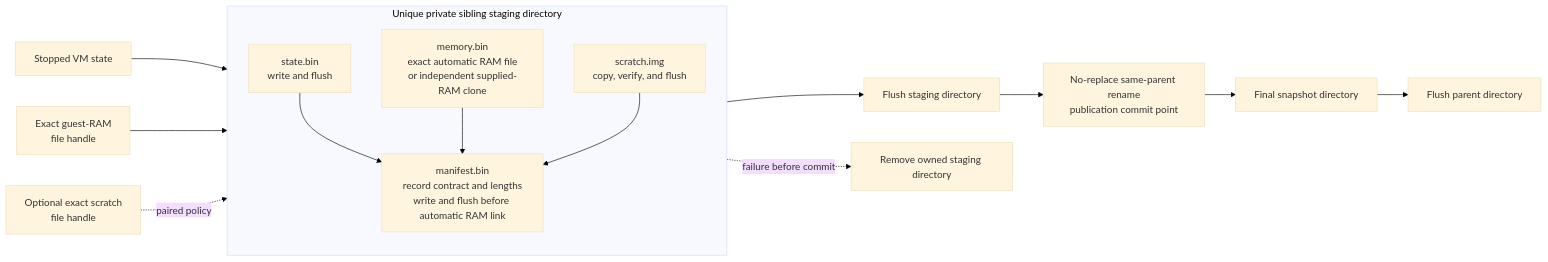
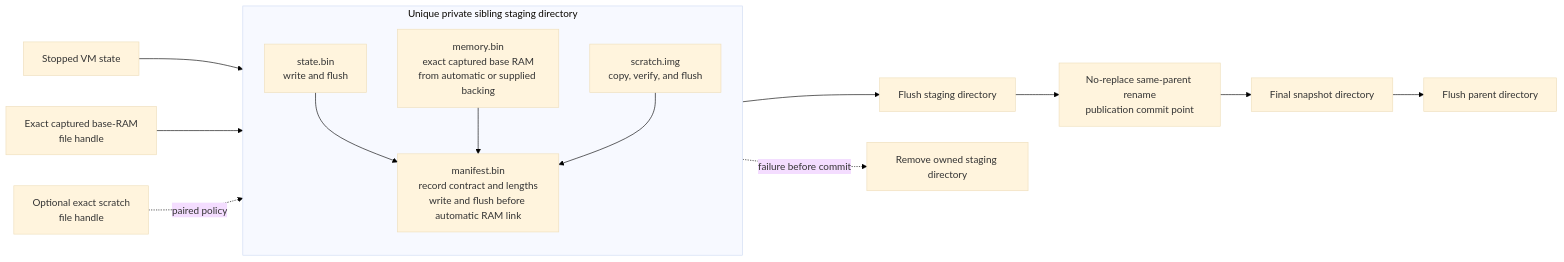
Before and after one commit to microsoft/nvx: the sixth of 7 diagrams in doc/design.md, drawn with Mermaid. The commit also changed other lines of this file, not shown here.

````diff
--- a/doc/design.md
+++ b/doc/design.md
@@ -561,27 +573,27 @@
 ```mermaid
 %%{init: {"theme": "base", "themeVariables": {"background": "#ffffff"}}}%%
 flowchart LR
    State["Stopped VM state"]
-   Ram["Exact guest-RAM<br/>file handle"]
+   Ram["Exact captured base-RAM<br/>file handle"]
    Scratch["Optional exact scratch<br/>file handle"]
 
    subgraph Staging["Unique private sibling staging directory"]
       direction TB
       StateFile["state.bin<br/>write and flush"]
-      MemoryFile["memory.bin<br/>exact automatic RAM file<br/>or independent supplied-RAM clone"]
+      MemoryFile["memory.bin<br/>exact captured base RAM<br/>from automatic or supplied backing"]
       ScratchFile["scratch.img<br/>copy, verify, and flush"]
       ManifestFile["manifest.bin<br/>record contract and lengths<br/>write and flush before automatic RAM link"]
    end
 
    SyncStaging["Flush staging directory"]
    Rename["No-replace same-parent rename<br/>publication commit point"]
    Final["Final snapshot directory"]
    SyncParent["Flush parent directory"]
    Cleanup["Remove owned staging directory"]
 
    State --> StateFile --> ManifestFile
    Ram --> MemoryFile --> ManifestFile
    Scratch -. paired policy .-> ScratchFile --> ManifestFile
    ManifestFile --> SyncStaging --> Rename --> Final --> SyncParent
    Staging -. failure before commit .-> Cleanup
 ```
````
